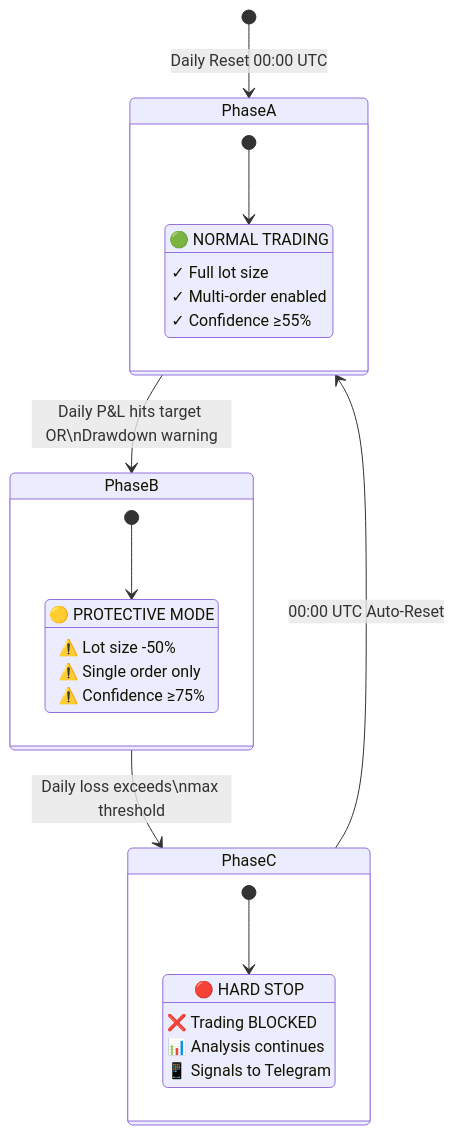
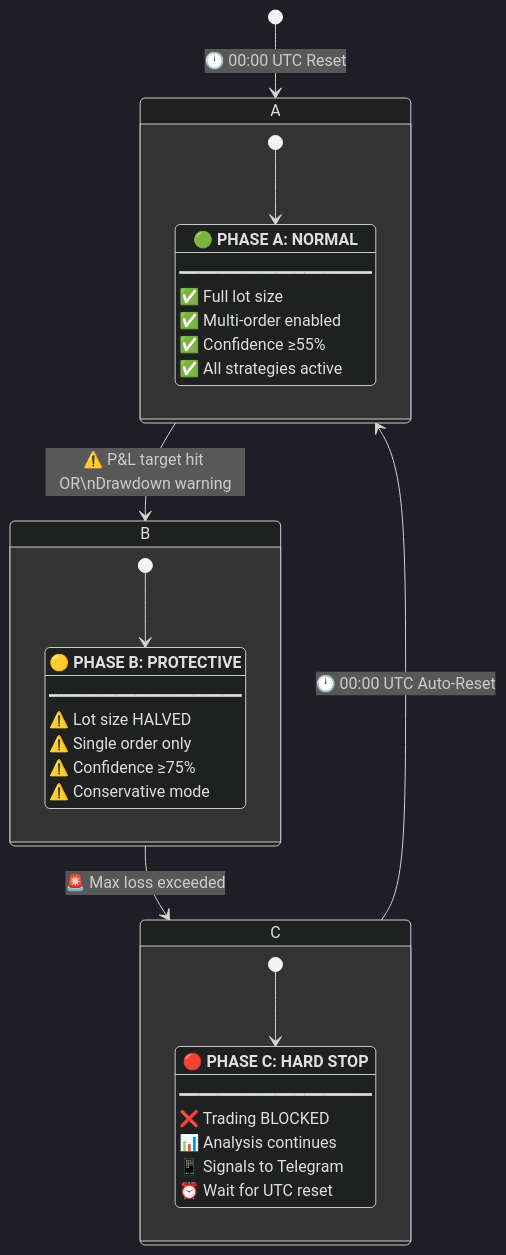
The fourth of 5 diagrams in README.md (Kabir0067/Exness), drawn with Mermaid before and after one commit. The commit also changed other lines of this file, not shown here.

Commit message:
33 - Ultra Premium README with animated headers, Mermaid diagrams, vibrant colors

````diff
--- a/README.md
+++ b/README.md
@@ -219,32 +358,40 @@
 ```mermaid
+%%{init: {'theme': 'dark', 'themeVariables': { 'primaryColor': '#00ff88'}}}%%
+
 stateDiagram-v2
-    [*] --> PhaseA: Daily Reset 00:00 UTC
+    [*] --> A: 🕛 00:00 UTC Reset
 
-    PhaseA --> PhaseB: Daily P&L hits target OR\nDrawdown warning
-    PhaseB --> PhaseC: Daily loss exceeds\nmax threshold
-    PhaseC --> PhaseA: 00:00 UTC Auto-Reset
+    A --> B: ⚠️ P&L target hit OR\nDrawdown warning
+    B --> C: 🚨 Max loss exceeded
+    C --> A: 🕛 00:00 UTC Auto-Reset
 
-    state PhaseA {
-        [*] --> Normal
-        Normal: 🟢 NORMAL TRADING
-        Normal: ✓ Full lot size
-        Normal: ✓ Multi-order enabled
-        Normal: ✓ Confidence ≥55%
+    state A {
+        [*] --> NormalOps
+        NormalOps: 🟢 <b>PHASE A: NORMAL</b>
+        NormalOps: ━━━━━━━━━━━━━━━━━━━━
+        NormalOps: ✅ Full lot size
+        NormalOps: ✅ Multi-order enabled
+        NormalOps: ✅ Confidence ≥55%
+        NormalOps: ✅ All strategies active
     }
 
-    state PhaseB {
-        [*] --> Protective
-        Protective: 🟡 PROTECTIVE MODE
-        Protective: ⚠️ Lot size -50%
-        Protective: ⚠️ Single order only
-        Protective: ⚠️ Confidence ≥75%
+    state B {
+        [*] --> ProtectiveOps
+        ProtectiveOps: 🟡 <b>PHASE B: PROTECTIVE</b>
+        ProtectiveOps: ━━━━━━━━━━━━━━━━━━━━
+        ProtectiveOps: ⚠️ Lot size HALVED
+        ProtectiveOps: ⚠️ Single order only
+        ProtectiveOps: ⚠️ Confidence ≥75%
+        ProtectiveOps: ⚠️ Conservative mode
     }
 
-    state PhaseC {
-        [*] --> HardStop
-        HardStop: 🔴 HARD STOP
-        HardStop: ❌ Trading BLOCKED
-        HardStop: 📊 Analysis continues
-        HardStop: 📱 Signals to Telegram
+    state C {
+        [*] --> StopOps
+        StopOps: 🔴 <b>PHASE C: HARD STOP</b>
+        StopOps: ━━━━━━━━━━━━━━━━━━━━
+        StopOps: ❌ Trading BLOCKED
+        StopOps: 📊 Analysis continues
+        StopOps: 📱 Signals to Telegram
+        StopOps: ⏰ Wait for UTC reset
     }
 ```
````
